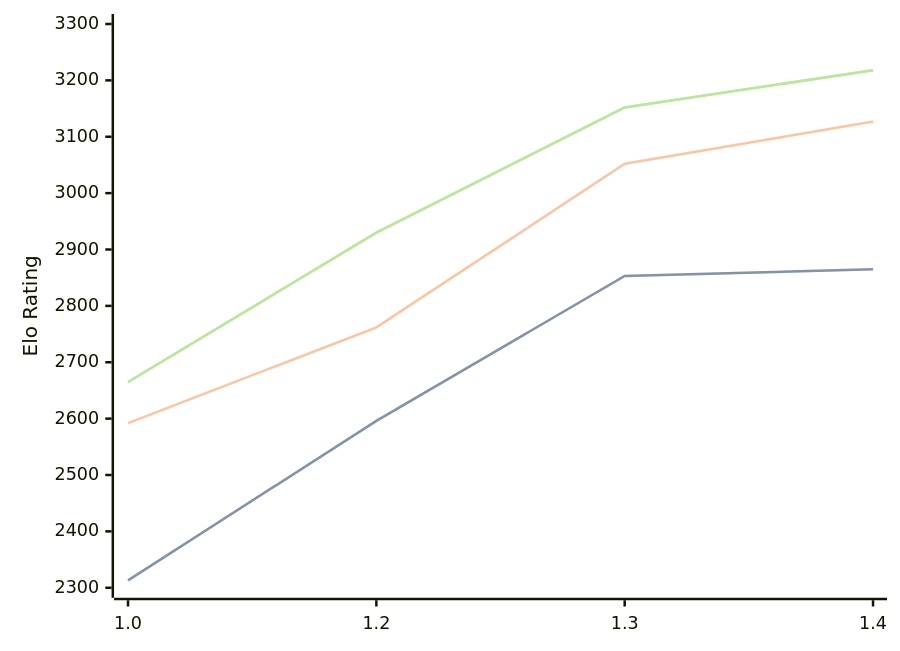
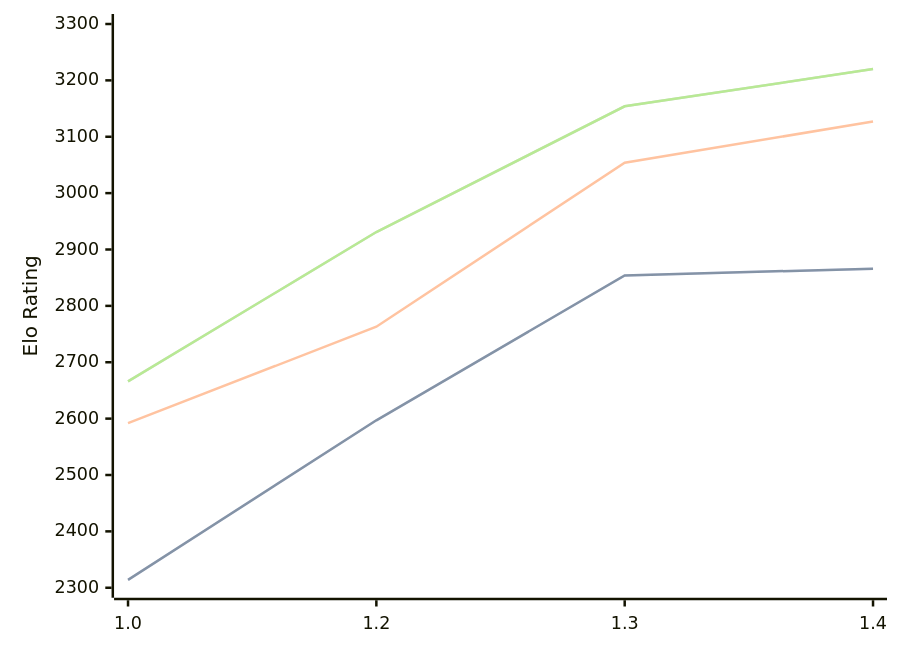
One commit to computer-chess-index/cci changed the diagram in engines/Chessnix.md. Above: the diagram before and after it, drawn with Mermaid. The commit also changed other lines of this file, not shown here.

Commit message:
Update CCI Ratings (ELO VLTC) - 2026-07-23

````diff
--- a/engines/Chessnix.md
+++ b/engines/Chessnix.md
@@ -36,11 +36,11 @@
 ```mermaid
 %%{init: {"theme":"base","themeVariables":{"seriesColors:['#a3a3a3','#222221','#faa371']}}}%%
 xychart-beta
   x-axis ["1.0", "1.2", "1.3", "1.4"]
   y-axis "Elo Rating" 2300 --> 3300
-  line "STC (8.0+0.08s)" [2313, 2596, 2853, 2865]
-  line "STC (8.0+0.08s)" [2313, 2596, 2853, 2865]
-  line "LTC (60.0+0.60s)" [2592, 2762, 3052, 3127]
-  line "VLTC (2m24s+1.12s)" [2665, 2930, 3152, 3218]
-  line "VLTC (2m24s+1.12s)" [2665, 2930, 3152, 3218]
+  line "STC (8.0+0.08s)" [2314, 2597, 2854, 2866]
+  line "STC (8.0+0.08s)" [2314, 2597, 2854, 2866]
+  line "LTC (60.0+0.60s)" [2592, 2763, 3054, 3127]
+  line "VLTC (2m24s+1.12s)" [2666, 2931, 3154, 3220]
+  line "VLTC (2m24s+1.12s)" [2666, 2931, 3154, 3220]
 ```
````
